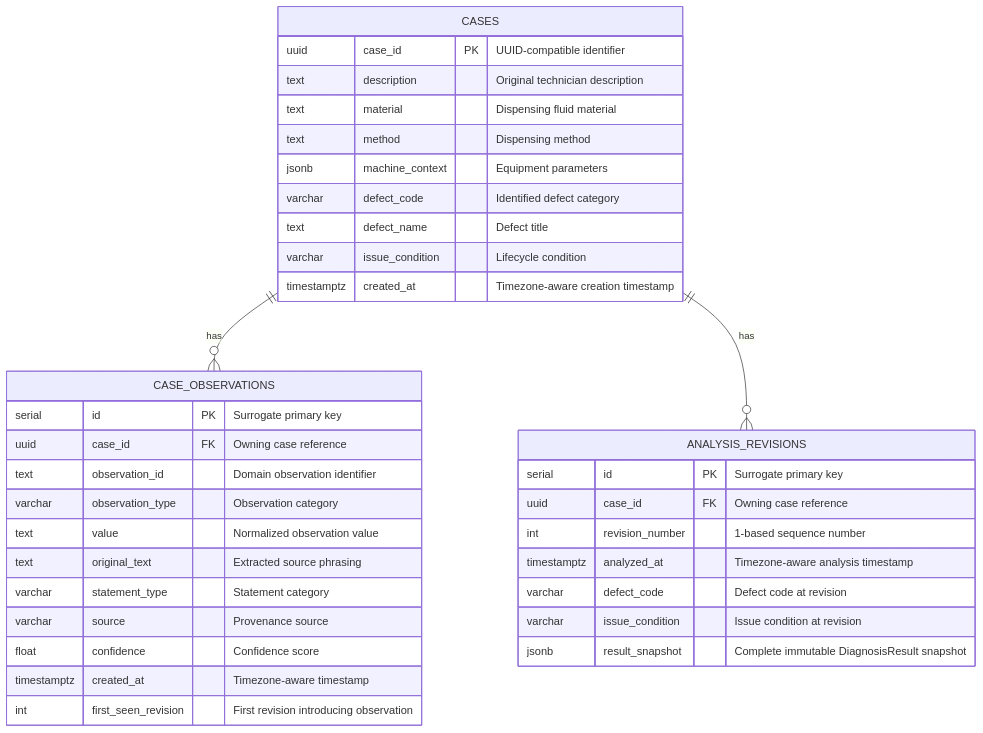
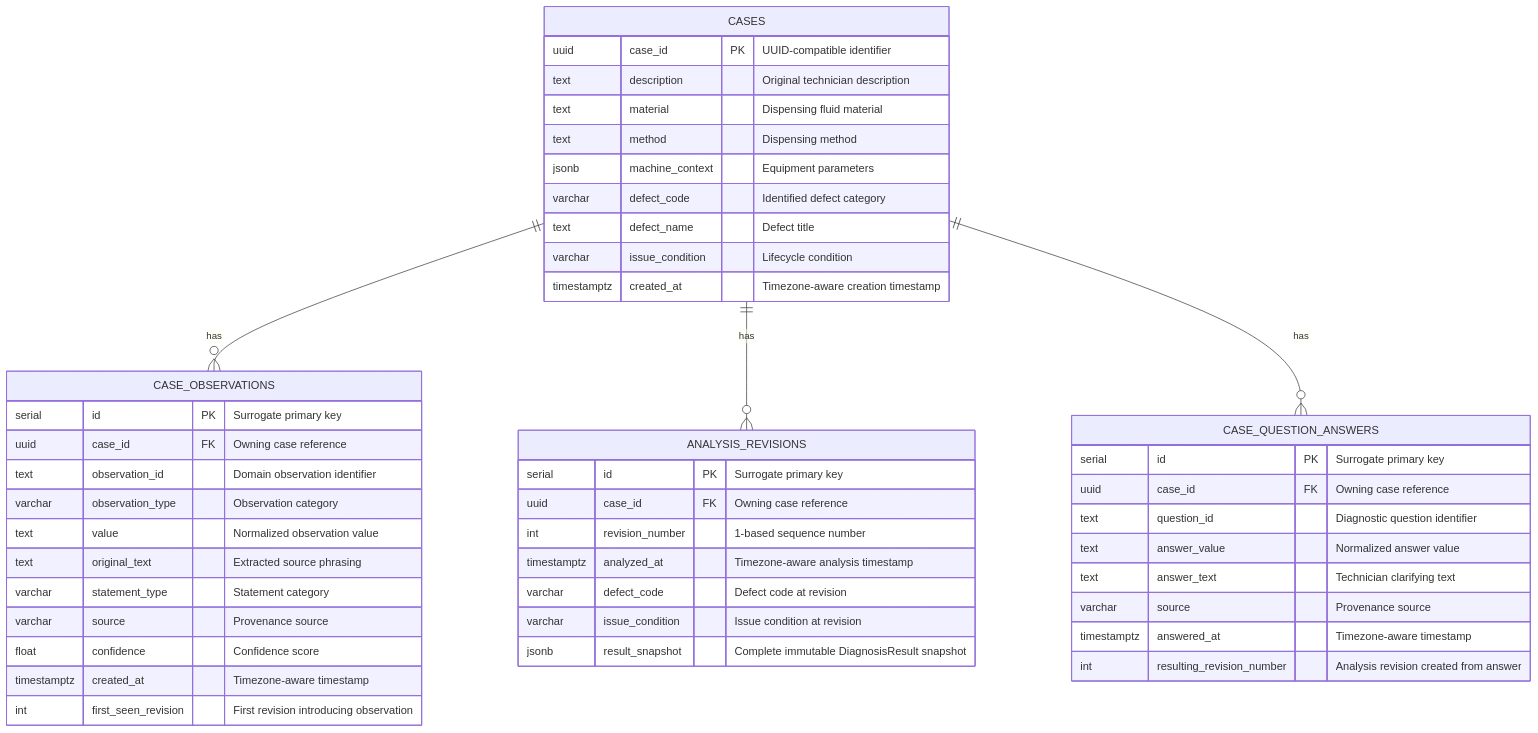
The diagram in docs/database/erd.md (ImLWChuen/dispense_lense_koi), drawn with Mermaid before and after one commit. The commit also changed other lines of this file and 8 other files, not shown here.

Commit message:
feat(db): persist question answers and analysis revisions

````diff
--- a/docs/database/erd.md
+++ b/docs/database/erd.md
@@ -17,41 +18,53 @@
 ```mermaid
 erDiagram
     CASES ||--o{ CASE_OBSERVATIONS : "has"
     CASES ||--o{ ANALYSIS_REVISIONS : "has"
+    CASES ||--o{ CASE_QUESTION_ANSWERS : "has"
 
     CASES {
         uuid case_id PK "UUID-compatible identifier"
         text description "Original technician description"
         text material "Dispensing fluid material"
         text method "Dispensing method"
         jsonb machine_context "Equipment parameters"
         varchar defect_code "Identified defect category"
         text defect_name "Defect title"
         varchar issue_condition "Lifecycle condition"
         timestamptz created_at "Timezone-aware creation timestamp"
     }
 
     CASE_OBSERVATIONS {
         serial id PK "Surrogate primary key"
         uuid case_id FK "Owning case reference"
         text observation_id "Domain observation identifier"
         varchar observation_type "Observation category"
         text value "Normalized observation value"
         text original_text "Extracted source phrasing"
         varchar statement_type "Statement category"
         varchar source "Provenance source"
         float confidence "Confidence score"
         timestamptz created_at "Timezone-aware timestamp"
         int first_seen_revision "First revision introducing observation"
     }
 
     ANALYSIS_REVISIONS {
         serial id PK "Surrogate primary key"
         uuid case_id FK "Owning case reference"
         int revision_number "1-based sequence number"
         timestamptz analyzed_at "Timezone-aware analysis timestamp"
         varchar defect_code "Defect code at revision"
         varchar issue_condition "Issue condition at revision"
         jsonb result_snapshot "Complete immutable DiagnosisResult snapshot"
     }
+
+    CASE_QUESTION_ANSWERS {
+        serial id PK "Surrogate primary key"
+        uuid case_id FK "Owning case reference"
+        text question_id "Diagnostic question identifier"
+        text answer_value "Normalized answer value"
+        text answer_text "Technician clarifying text"
+        varchar source "Provenance source"
+        timestamptz answered_at "Timezone-aware timestamp"
+        int resulting_revision_number "Analysis revision created from answer"
+    }
 ```
````
